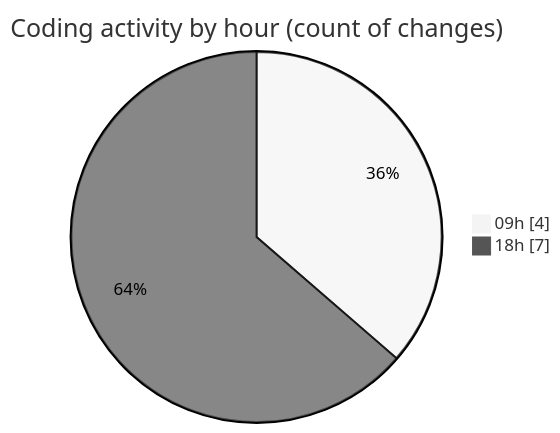
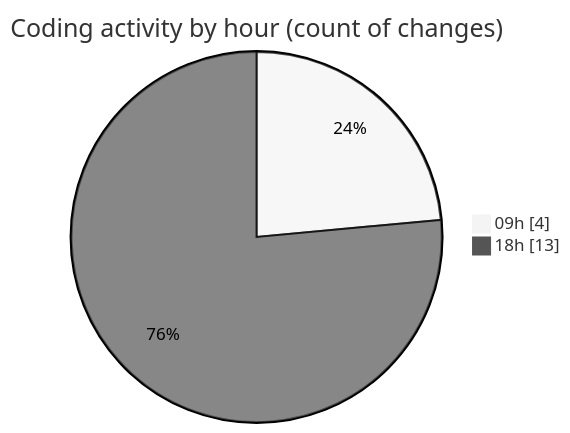
The second of 2 diagrams in 2025-04-10/tugas_booking_studio/README.md (idhammustaqopulfikri/code-tracking), drawn with Mermaid (neutral theme) before and after one commit. The commit also changed other lines of this file and 1 other file, not shown here.

````diff
--- a/2025-04-10/tugas_booking_studio/README.md
+++ b/2025-04-10/tugas_booking_studio/README.md
@@ -34,6 +37,6 @@
 ```mermaid
 pie showData
 title Coding activity by hour (count of changes)
 "09h" : 4
-"18h" : 7
+"18h" : 13
 ```
````
